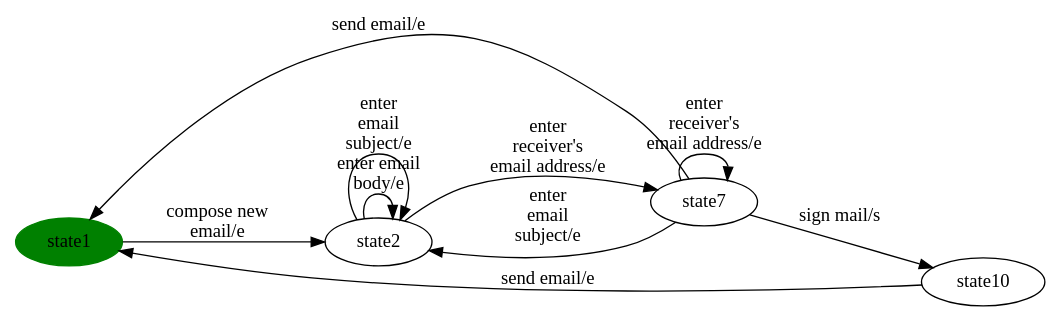
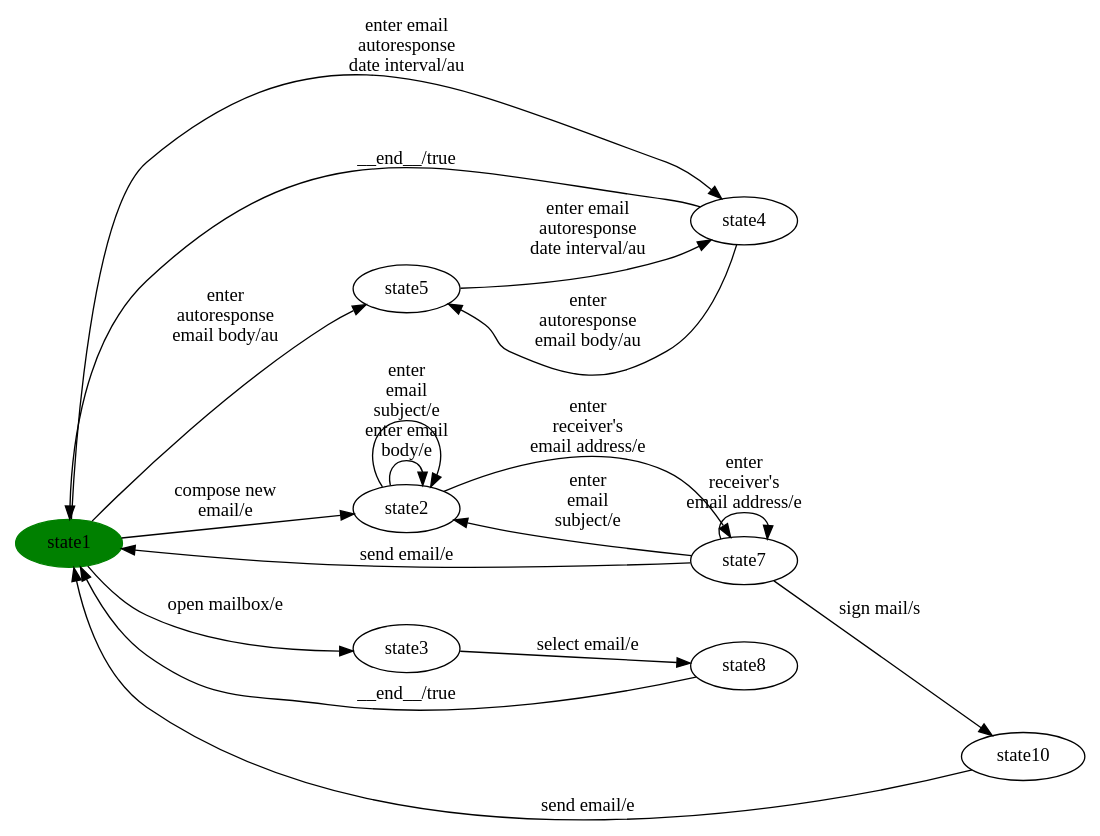
One commit to dilekozturk93/vibes changed the diagram in milestone-reports/per-product/eMail/eMail-product19.dot. Above: the diagram before and after it, drawn with Graphviz. The commit also changed 243 other files, not shown here.

```diff
--- a/milestone-reports/per-product/eMail/eMail-product19.dot
+++ b/milestone-reports/per-product/eMail/eMail-product19.dot
@@ -1,26 +1,46 @@
 digraph G {
 rankdir=LR;
 state0[ label = "state1", style=filled, color=green ];
-state1 [ label = "state10" ];
-state1 -> state0 [ label=" send email/e " ];
-state2 [ label = "state7" ];
-state2 -> state0 [ label=" send email/e " ];
-state2 -> state1 [ label=" sign mail/s " ];
-state2 -> state3 [ label=" enter
+state1 [ label = "state5" ];
+state1 -> state2 [ label=" enter email 
+autoresponse 
+date interval/au " ];
+state3 [ label = "state8" ];
+state3 -> state0 [ label=" __end__/true " ];
+state4 [ label = "state7" ];
+state4 -> state5 [ label=" enter
  email 
 subject/e " ];
-state2 -> state2 [ label=" enter 
+state4 -> state0 [ label=" send email/e " ];
+state4 -> state4 [ label=" enter 
 receiver's 
 email address/e " ];
-state3 [ label = "state2" ];
-state3 -> state2 [ label=" enter 
+state4 -> state6 [ label=" sign mail/s " ];
+state6 [ label = "state10" ];
+state6 -> state0 [ label=" send email/e " ];
+state5 [ label = "state2" ];
+state5 -> state4 [ label=" enter 
 receiver's 
 email address/e " ];
-state3 -> state3 [ label=" enter email 
+state5 -> state5 [ label=" enter email 
 body/e " ];
-state3 -> state3 [ label=" enter
+state5 -> state5 [ label=" enter
  email 
 subject/e " ];
-state0 -> state3 [ label=" compose new 
+state0 -> state5 [ label=" compose new 
 email/e " ];
+state0 -> state7 [ label=" open mailbox/e " ];
+state0 -> state2 [ label=" enter email 
+autoresponse 
+date interval/au " ];
+state0 -> state1 [ label=" enter 
+autoresponse 
+email body/au " ];
+state2 [ label = "state4" ];
+state2 -> state1 [ label=" enter 
+autoresponse 
+email body/au " ];
+state2 -> state0 [ label=" __end__/true " ];
+state7 [ label = "state3" ];
+state7 -> state3 [ label=" select email/e " ];
 }
```
